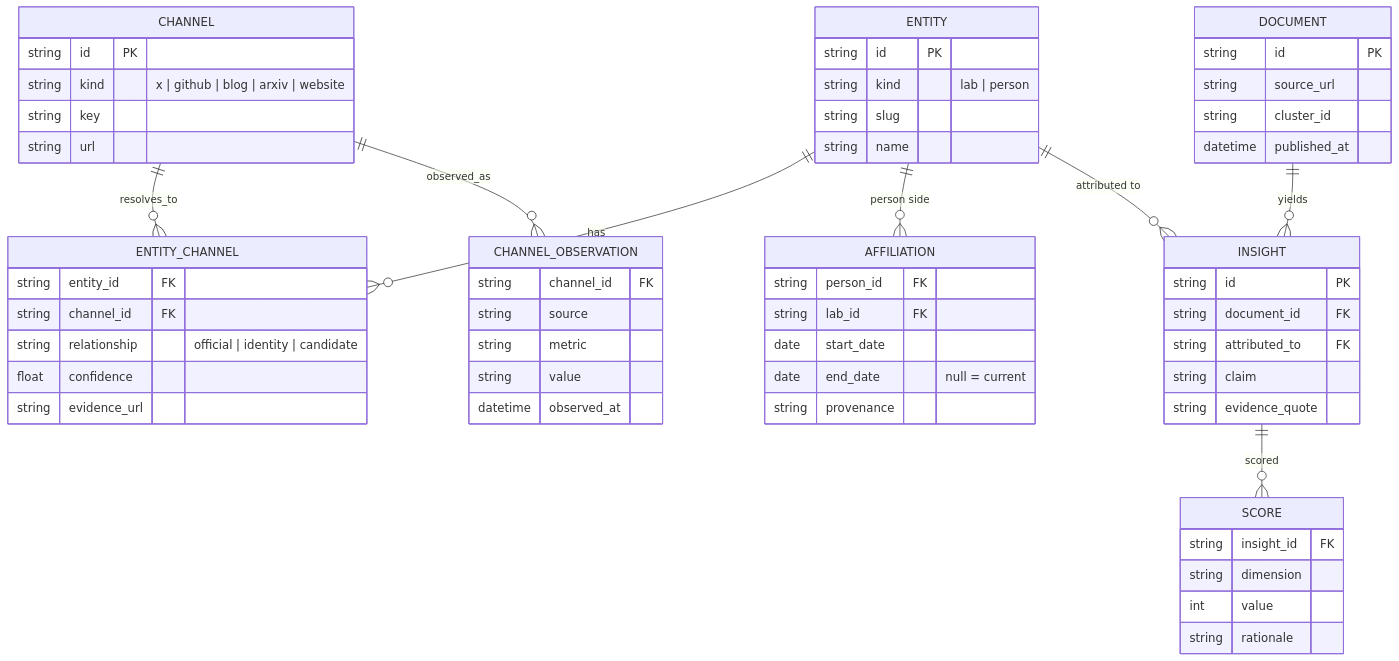
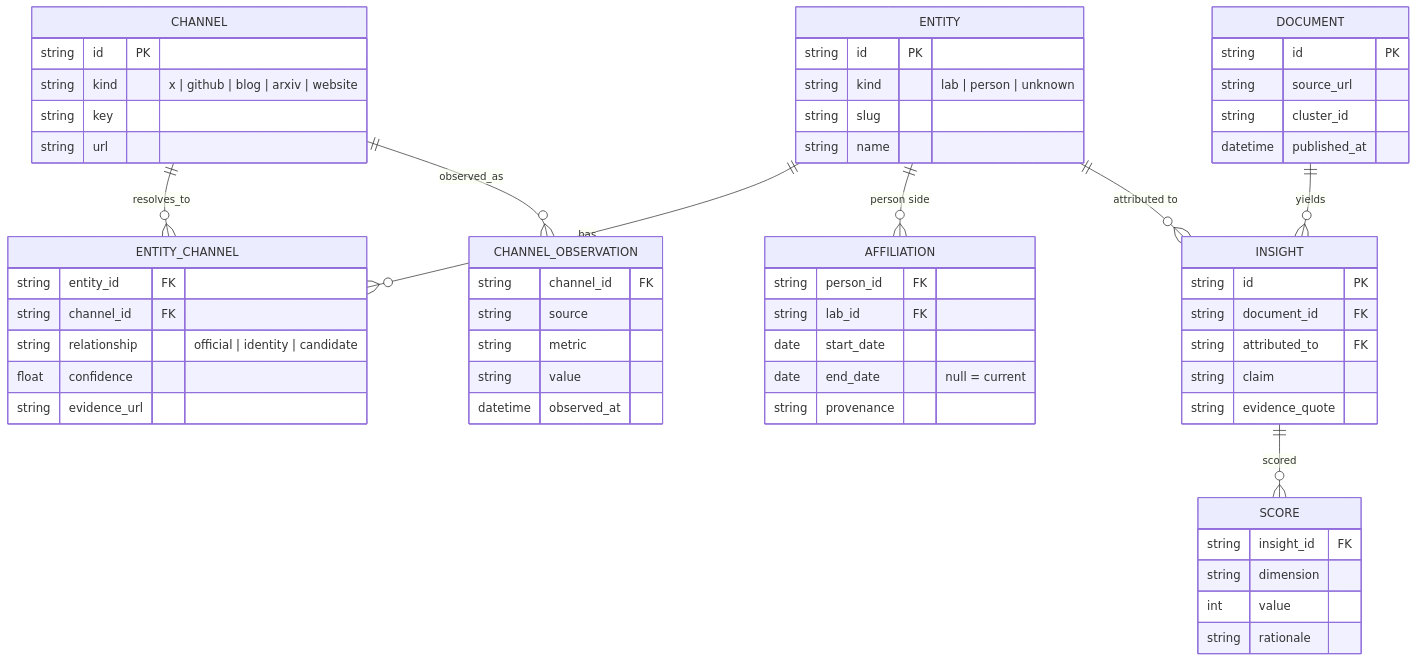
Before and after one commit to AdithyanI/frontier-lab-intelligence: the fifth of 5 diagrams in docs/architecture/overview.md, drawn with Mermaid. The commit also changed other lines of this file and 23 other files, not shown here.

````diff
--- a/docs/architecture/overview.md
+++ b/docs/architecture/overview.md
@@ -324,63 +348,63 @@
 ```mermaid
 erDiagram
     ENTITY {
         string id PK
-        string kind "lab | person"
+        string kind "lab | person | unknown"
         string slug
         string name
     }
     CHANNEL {
         string id PK
         string kind "x | github | blog | arxiv | website"
         string key
         string url
     }
     ENTITY_CHANNEL {
         string entity_id FK
         string channel_id FK
         string relationship "official | identity | candidate"
         float confidence
         string evidence_url
     }
     CHANNEL_OBSERVATION {
         string channel_id FK
         string source
         string metric
         string value
         datetime observed_at
     }
     AFFILIATION {
         string person_id FK
         string lab_id FK
         date start_date
         date end_date "null = current"
         string provenance
     }
     DOCUMENT {
         string id PK
         string source_url
         string cluster_id
         datetime published_at
     }
     INSIGHT {
         string id PK
         string document_id FK
         string attributed_to FK
         string claim
         string evidence_quote
     }
     SCORE {
         string insight_id FK
         string dimension
         int value
         string rationale
     }
 
     ENTITY ||--o{ ENTITY_CHANNEL : has
     CHANNEL ||--o{ ENTITY_CHANNEL : resolves_to
     CHANNEL ||--o{ CHANNEL_OBSERVATION : observed_as
     ENTITY ||--o{ AFFILIATION : "person side"
     ENTITY ||--o{ INSIGHT : "attributed to"
     DOCUMENT ||--o{ INSIGHT : yields
     INSIGHT ||--o{ SCORE : scored
 ```
````
